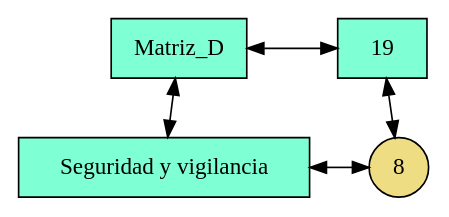
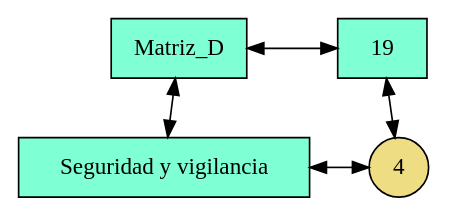
One commit to William58-0/201909103_ProyectoEDD changed the diagram in frontend/src/assets/img/2019-05.dot. Above: the diagram before and after it, drawn with Graphviz. The commit also changed 44 other files, not shown here.

```diff
--- a/frontend/src/assets/img/2019-05.dot
+++ b/frontend/src/assets/img/2019-05.dot
@@ -1,16 +1,16 @@
 digraph {
 rankdir = BT;
 node [shape=rectangle style=filled];
 graph[ nodesep = 0.5];
 { rank=same; nodoMatriz_D; nodo19;}
  { rank=same; nodoSeguridad_y_vigilancia; nodo19Seguridad_y_vigilancia;}
  nodoMatriz_D [label="Matriz_D" fillcolor=aquamarine]
 nodo19 [label="19" fillcolor=aquamarine]
 nodoMatriz_D->nodo19 [dir=both]
 nodoSeguridad_y_vigilancia [label="Seguridad y vigilancia" fillcolor=aquamarine]
 nodoSeguridad_y_vigilancia->nodoMatriz_D [dir=both]
-nodo19Seguridad_y_vigilancia [label="8" shape=circle fillcolor=lightgoldenrod]
+nodo19Seguridad_y_vigilancia [label="4" shape=circle fillcolor=lightgoldenrod]
 nodo19Seguridad_y_vigilancia->nodo19 [dir=both]
 nodoSeguridad_y_vigilancia->nodo19Seguridad_y_vigilancia [constraint=false; dir=both]
 { rank=same; nodoMatriz_D; nodo19; }
  }
```
